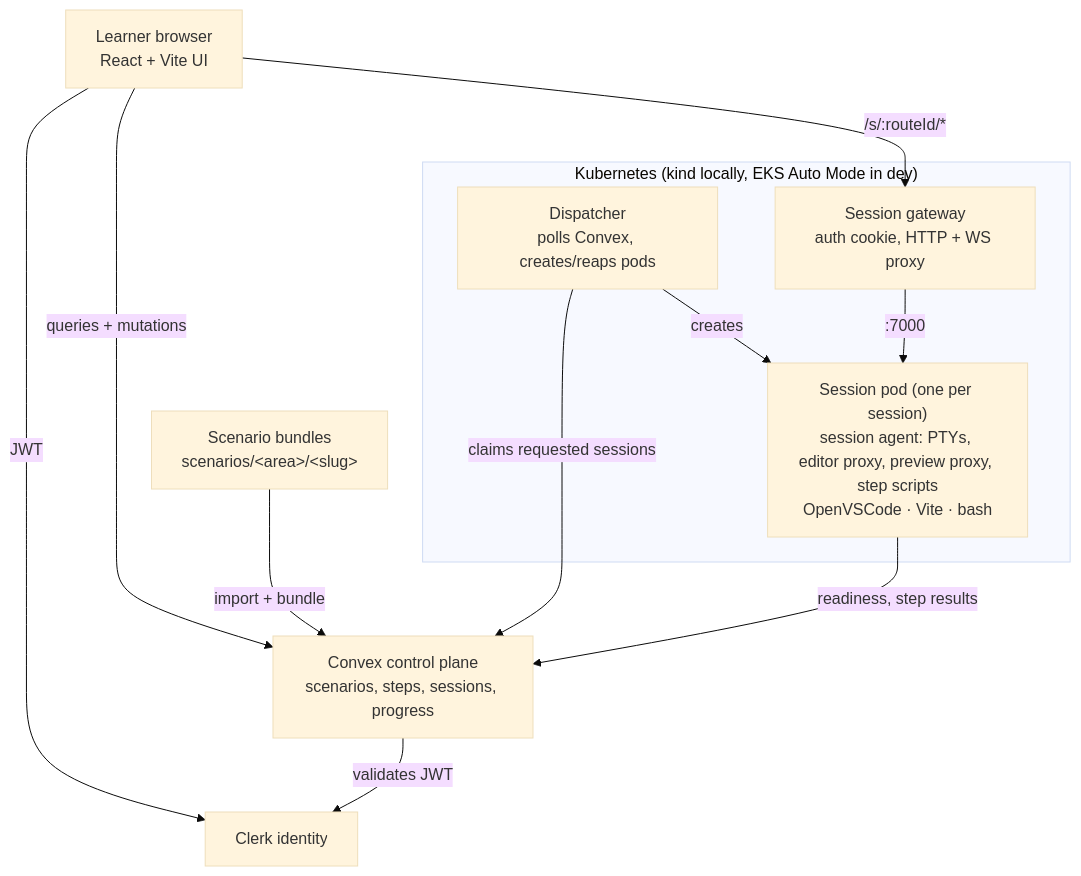
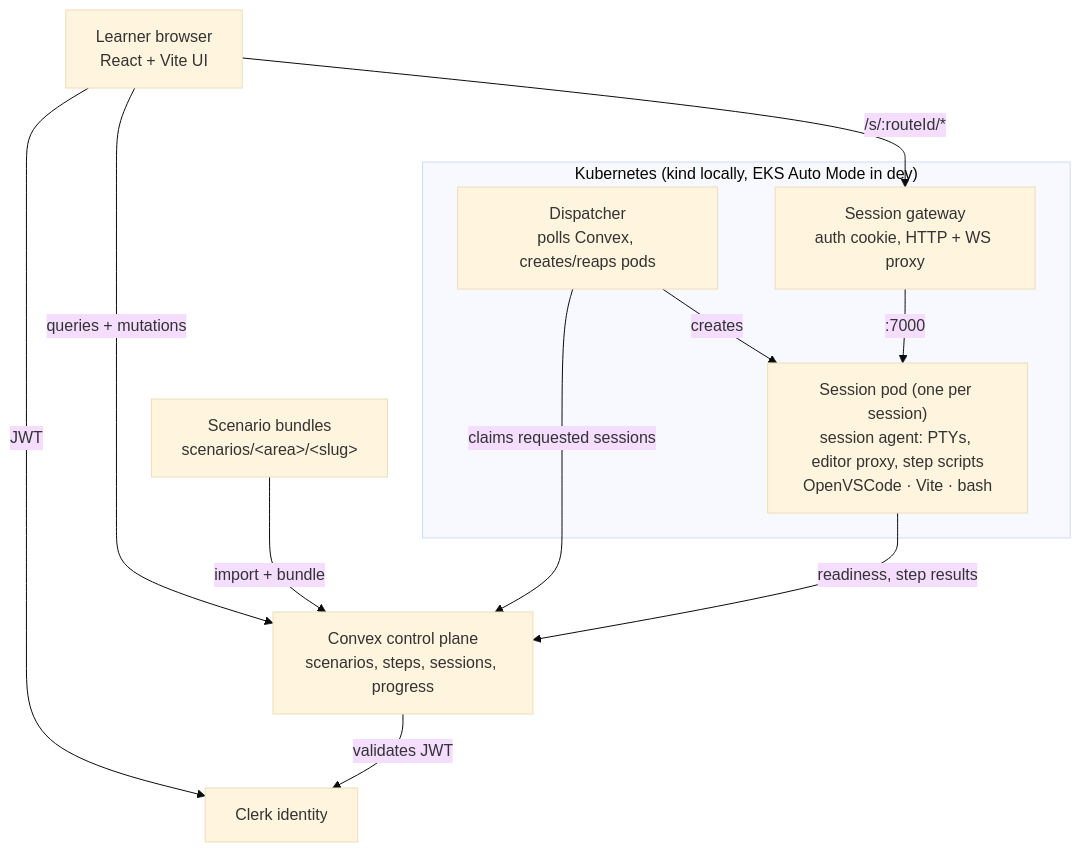
The diagram in README.md (rossislike/learning-lab-platform), drawn with Mermaid (base theme) before and after one commit. The commit also changed other lines of this file and 36 other files, not shown here.

First line of the commit message:
Phase 2: session workspace image and session agent

````diff
--- a/README.md
+++ b/README.md
@@ -27,23 +28,23 @@
 ```mermaid
 flowchart TB
   browser["Learner browser<br/>React + Vite UI"]
   clerk["Clerk identity"]
   convex["Convex control plane<br/>scenarios, steps, sessions, progress"]
   scenarios["Scenario bundles<br/>scenarios/&lt;area&gt;/&lt;slug&gt;"]
 
   subgraph cluster["Kubernetes (kind locally, EKS Auto Mode in dev)"]
     gateway["Session gateway<br/>auth cookie, HTTP + WS proxy"]
     dispatcher["Dispatcher<br/>polls Convex, creates/reaps pods"]
-    pod["Session pod (one per session)<br/>session agent: PTYs, editor proxy, preview proxy, step scripts<br/>OpenVSCode · Vite · bash"]
+    pod["Session pod (one per session)<br/>session agent: PTYs, editor proxy, step scripts<br/>OpenVSCode · Vite · bash"]
   end
 
   browser -->|JWT| clerk
   browser -->|queries + mutations| convex
   convex -->|validates JWT| clerk
   scenarios -->|import + bundle| convex
   dispatcher -->|claims requested sessions| convex
   dispatcher -->|creates| pod
   browser -->|/s/:routeId/*| gateway
   gateway -->|:7000| pod
   pod -->|readiness, step results| convex
 ```
````
